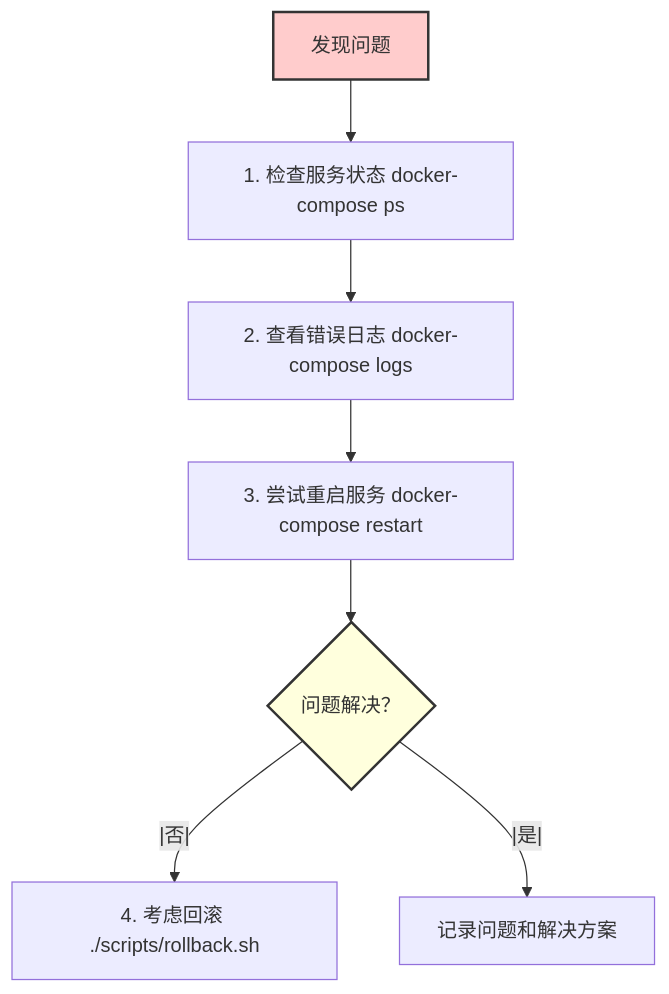
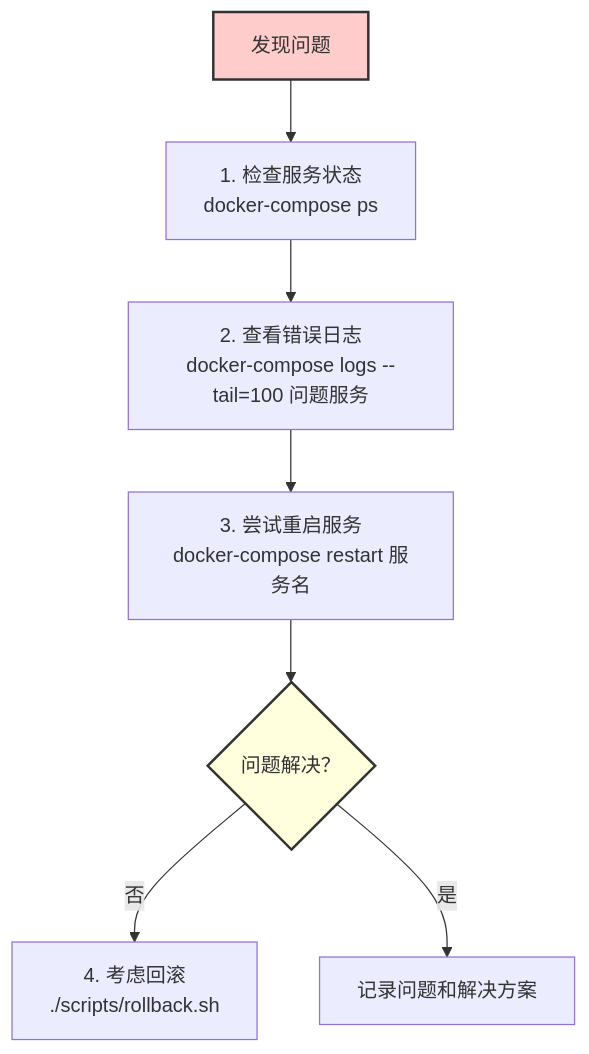
One commit to EvanL1/VoltageEMS changed diagram 12 of 12 in docs/VOLTAGEEMS_CICD_ARCHITECTURE.md. Above: the diagram before and after it, drawn with Mermaid. The commit also changed other lines of this file and 45 other files, not shown here.

````diff
--- a/docs/VOLTAGEEMS_CICD_ARCHITECTURE.md
+++ b/docs/VOLTAGEEMS_CICD_ARCHITECTURE.md
@@ -646,12 +636,12 @@
 ```mermaid
 flowchart TD
-    A[发现问题] --> B[1. 检查服务状态 docker-compose ps]
-    B --> C[2. 查看错误日志 docker-compose logs]
-    C --> D[3. 尝试重启服务 docker-compose restart]
+    A[发现问题] --> B[1. 检查服务状态<br/>docker-compose ps]
+    B --> C[2. 查看错误日志<br/>docker-compose logs --tail=100 问题服务]
+    C --> D[3. 尝试重启服务<br/>docker-compose restart 服务名]
     D --> E{问题解决？}
-    E --|否|--> F[4. 考虑回滚 ./scripts/rollback.sh]
-    E --|是|--> G[记录问题和解决方案]
+    E -->|否| F[4. 考虑回滚<br/>./scripts/rollback.sh]
+    E -->|是| G[记录问题和解决方案]
   
     style A fill:#fcc,stroke:#333,stroke-width:2px
     style E fill:#ffd,stroke:#333,stroke-width:2px
 ```
````
